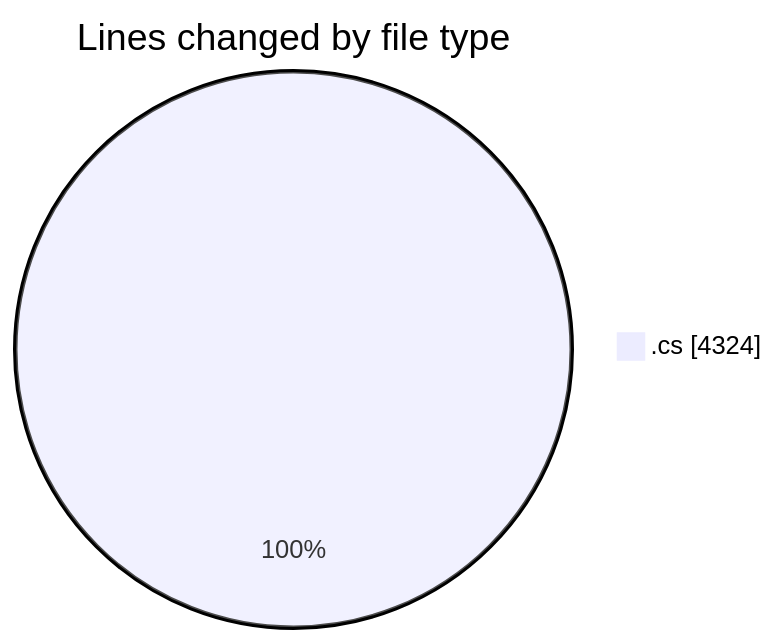
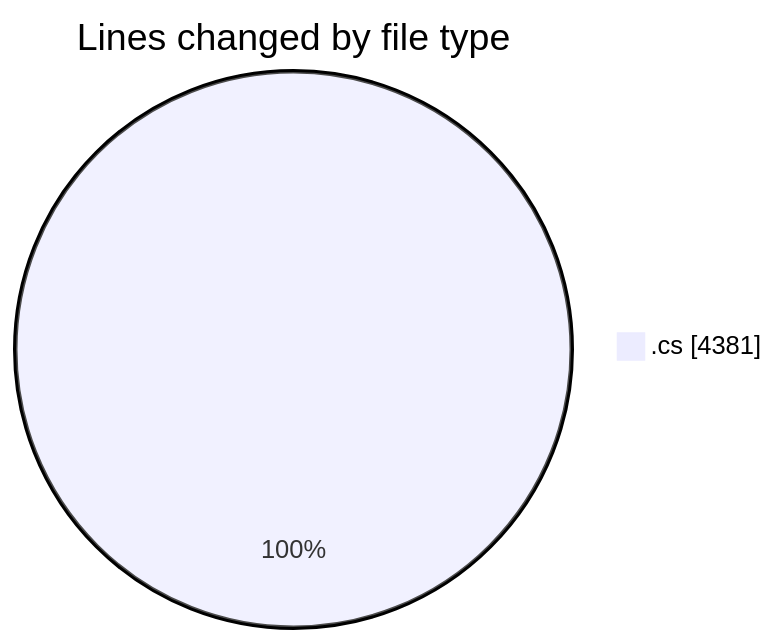
The first of 2 diagrams in 2025-04-06/back-end/README.md (Netris89/code-tracking), drawn with Mermaid before and after one commit. The commit also changed other lines of this file and 1 other file, not shown here.

````diff
--- a/2025-04-06/back-end/README.md
+++ b/2025-04-06/back-end/README.md
@@ -46,5 +47,5 @@
 ```mermaid
 pie showData
 title Lines changed by file type
-".cs" : 4324
+".cs" : 4381
 ```
````
